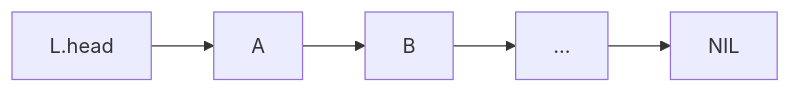
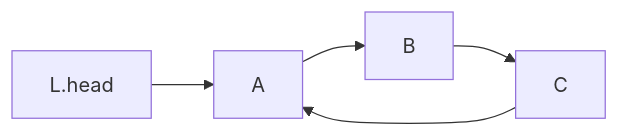
One commit to Eurydia/notes-singularity changed the second of 4 diagrams in Computer science/Data structures/Linked list.md. Above: the diagram before and after it, drawn with Mermaid. The commit also changed other lines of this file and 4 other files, not shown here.

````diff
--- a/Computer science/Data structures/Linked list.md
+++ b/Computer science/Data structures/Linked list.md
@@ -92,4 +34,4 @@
-	```mermaid
-	flowchart LR
-		L.head-->A-->B-->C[...]-->NIL
-	```
+```mermaid
+flowchart LR
+	L.head --> A-->B-->C-->A
+```
````
